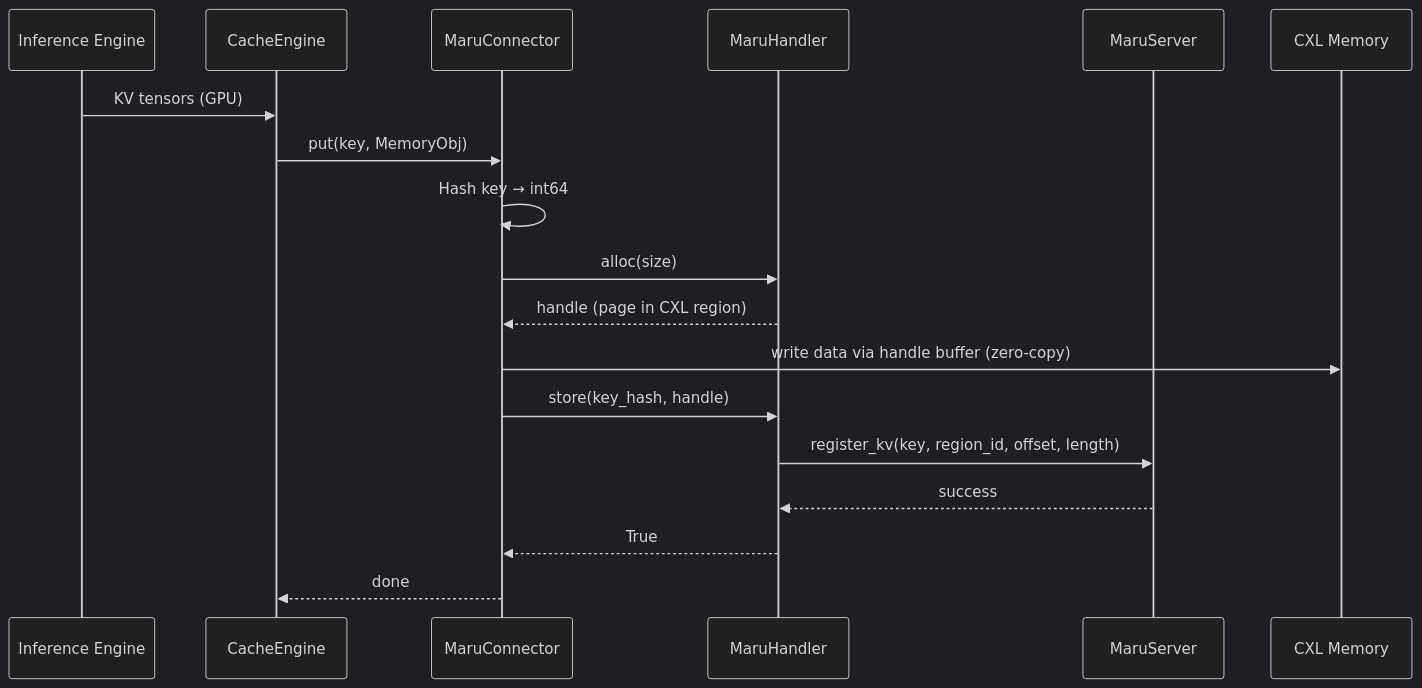
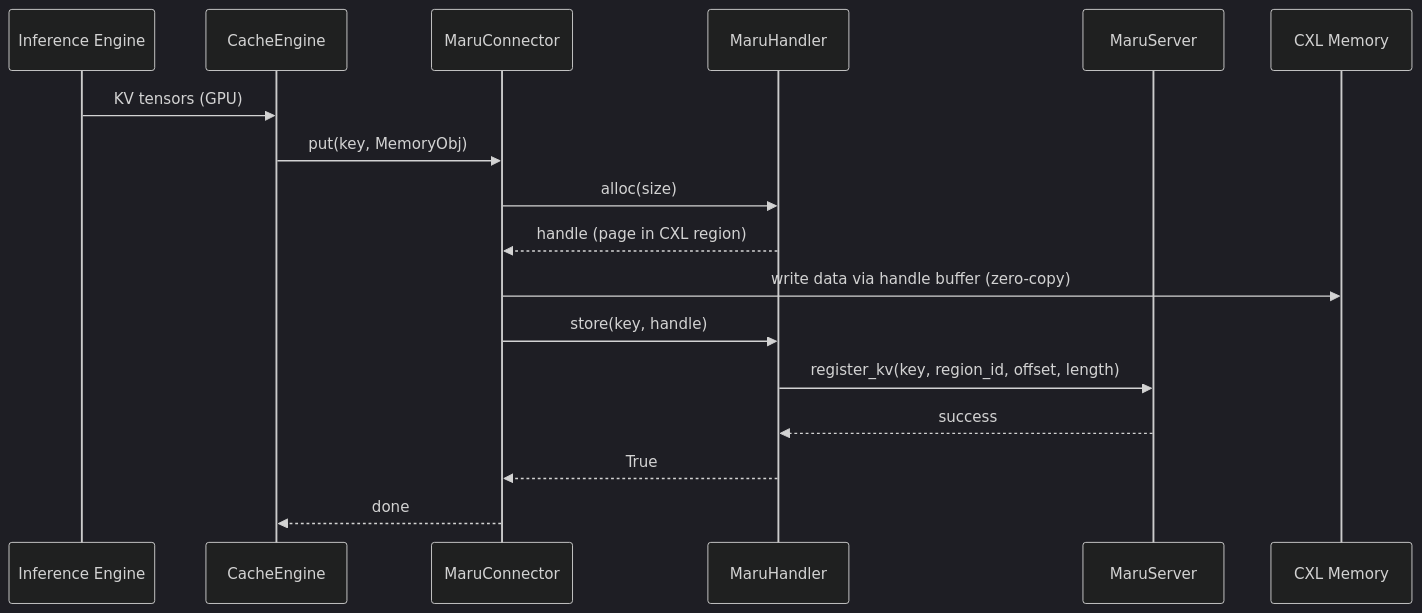
The first of 3 diagrams in docs/source/design_doc/integration.md (xcena-dev/maru), drawn with Mermaid (dark theme) before and after one commit. The commit also changed other lines of this file and 2 other files, not shown here.

First line of the commit message:
docs: update KV key type from int to str in design docs (#11)

````diff
--- a/docs/source/design_doc/integration.md
+++ b/docs/source/design_doc/integration.md
@@ -52,21 +52,20 @@
 ```mermaid
 sequenceDiagram
     participant IE as Inference Engine
     participant CE as CacheEngine
     participant MC as MaruConnector
     participant MH as MaruHandler
     participant MS as MaruServer
     participant CXL as CXL Memory
 
     IE->>CE: KV tensors (GPU)
     CE->>MC: put(key, MemoryObj)
-    MC->>MC: Hash key → int64
     MC->>MH: alloc(size)
     MH-->>MC: handle (page in CXL region)
     MC->>CXL: write data via handle buffer (zero-copy)
-    MC->>MH: store(key_hash, handle)
+    MC->>MH: store(key, handle)
     MH->>MS: register_kv(key, region_id, offset, length)
     MS-->>MH: success
     MH-->>MC: True
     MC-->>CE: done
 ```
````
